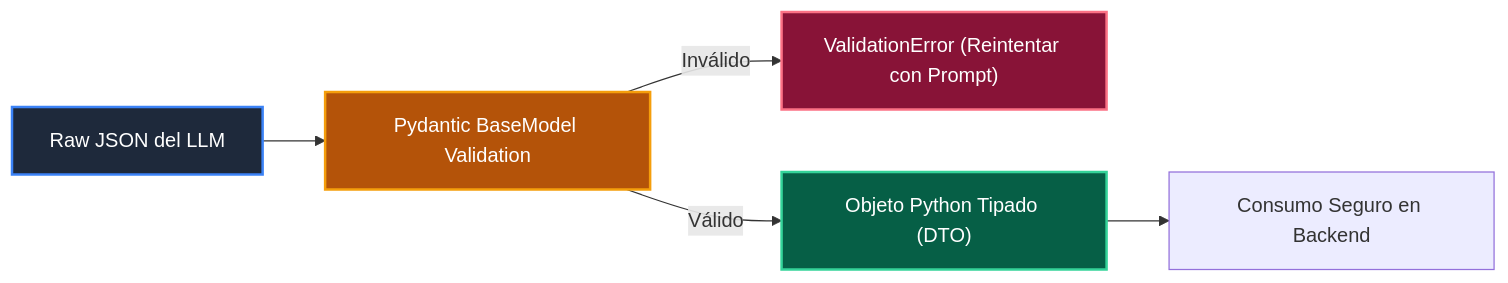
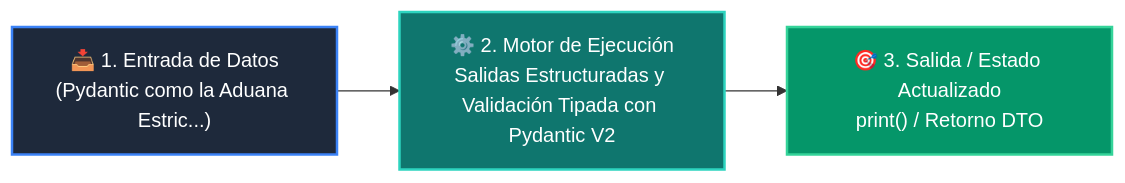
The diagram in 03-agentes-ia/clase-03-salidas-estructuradas-pydantic/README.md (wisrovi/wisrovi-python), drawn with Mermaid before and after one commit. The commit also changed other lines of this file and 54 other files, not shown here.

Commit message:
refactor: clean repository root by moving maintenance scripts to scripts/ and restore rich high-contrast Mermaid diagrams for all classes and examples

````diff
--- a/03-agentes-ia/clase-03-salidas-estructuradas-pydantic/README.md
+++ b/03-agentes-ia/clase-03-salidas-estructuradas-pydantic/README.md
@@ -12,12 +12,9 @@
 ```mermaid
 flowchart LR
-    RAW["Raw JSON del LLM"] --> PYD["Pydantic BaseModel Validation"]
-    PYD -->|Inválido| ERR["ValidationError (Reintentar con Prompt)"]
-    PYD -->|Válido| DTO["Objeto Python Tipado (DTO)"]
-    DTO --> APP["Consumo Seguro en Backend"]
+    A["📥 1. Entrada de Datos<br/>(Pydantic como la Aduana Estric...)"] --> B["⚙️ 2. Motor de Ejecución<br/>Salidas Estructuradas y Validación Tipada con Pydantic V2"]
+    B --> C["🎯 3. Salida / Estado Actualizado<br/>print() / Retorno DTO"]
 
-    style RAW fill:#1e293b,color:#fff,stroke:#3b82f6,stroke-width:2px
-    style PYD fill:#b45309,color:#fff,stroke:#f59e0b,stroke-width:2px
-    style ERR fill:#881337,color:#fff,stroke:#fb7185,stroke-width:2px
-    style DTO fill:#065f46,color:#fff,stroke:#34d399,stroke-width:2px
+    style A fill:#1e293b,color:#ffffff,stroke:#3b82f6,stroke-width:2px
+    style B fill:#0f766e,color:#ffffff,stroke:#2dd4bf,stroke-width:2px
+    style C fill:#059669,color:#ffffff,stroke:#34d399,stroke-width:2px
 ```
````
